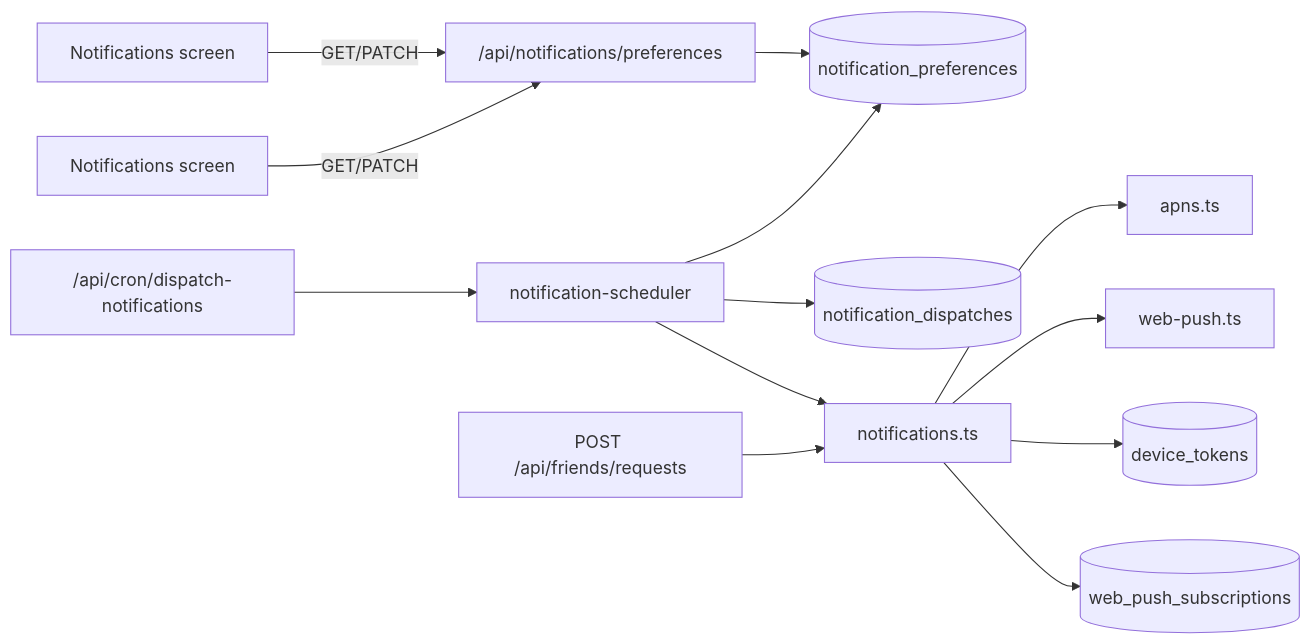
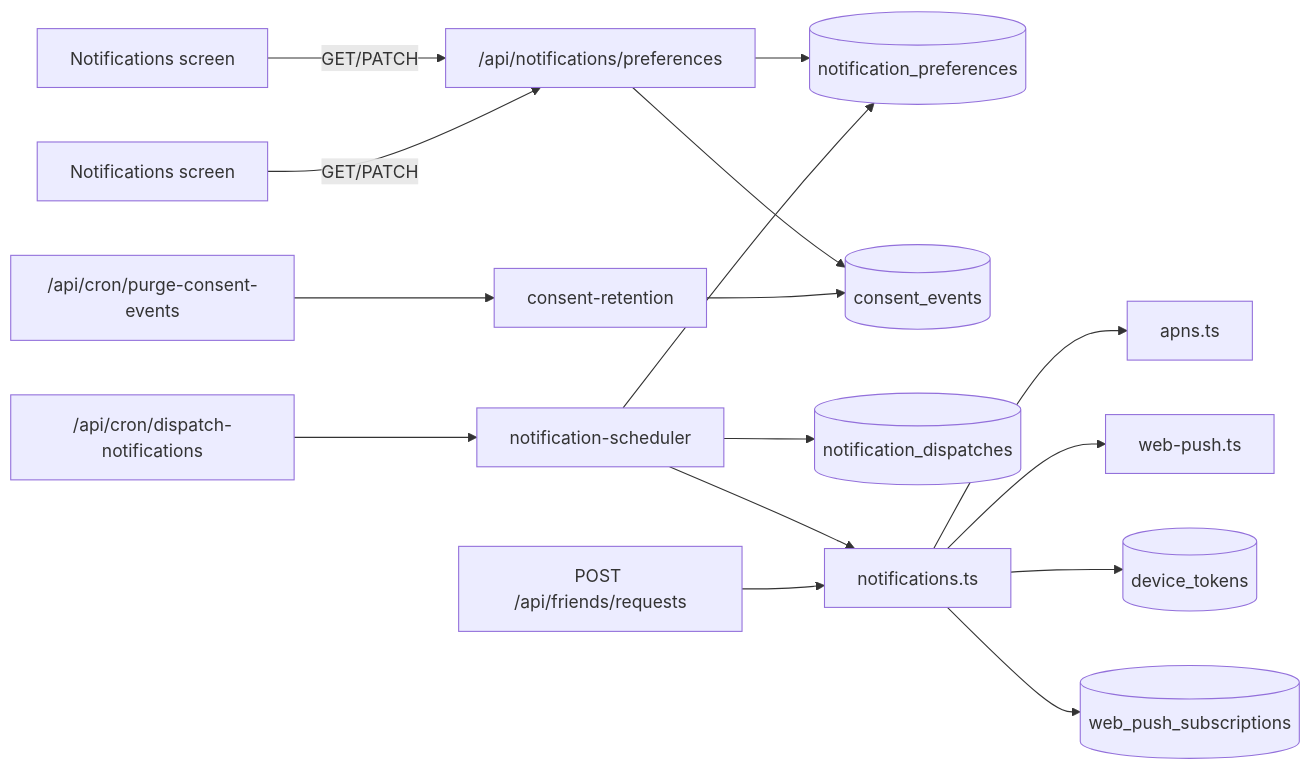
One commit to auerbachb/still-point changed the diagram in docs/notifications.md. Above: the diagram before and after it, drawn with Mermaid. The commit also changed other lines of this file and 12 other files, not shown here.

First line of the commit message:
feat(notifications): purge consent_events past the five-year retention window

````diff
--- a/docs/notifications.md
+++ b/docs/notifications.md
@@ -7,15 +7,18 @@
 ```mermaid
 flowchart LR
   iOS[Notifications screen] -->|GET/PATCH| PrefsAPI["/api/notifications/preferences"]
   Web[Notifications screen] -->|GET/PATCH| PrefsAPI
   PrefsAPI --> NP[(notification_preferences)]
+  PrefsAPI --> CE[(consent_events)]
+  PurgeCron["/api/cron/purge-consent-events"] --> Retention[consent-retention]
+  Retention --> CE
   Cron["/api/cron/dispatch-notifications"] --> Scheduler[notification-scheduler]
   Scheduler --> NP
   Scheduler --> Ledger[(notification_dispatches)]
   Scheduler --> Send[notifications.ts]
   Send --> APNs[apns.ts]
   Send --> WebPush[web-push.ts]
   Send --> DT[(device_tokens)]
   Send --> WPS[(web_push_subscriptions)]
   Friends[POST /api/friends/requests] --> Send
 ```
````
